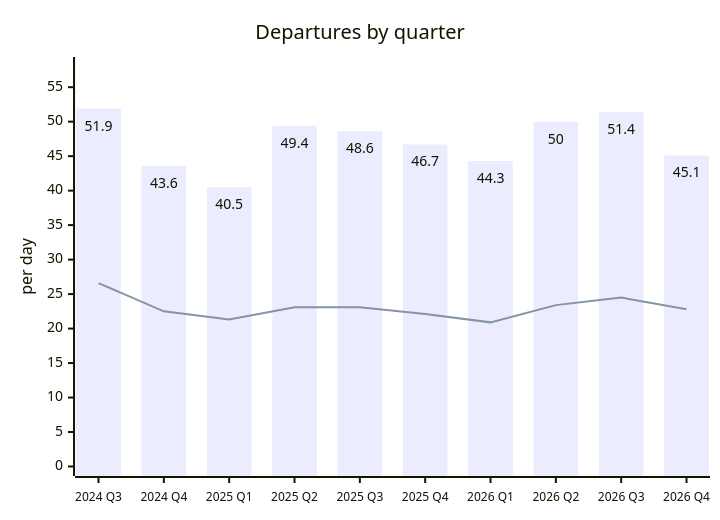
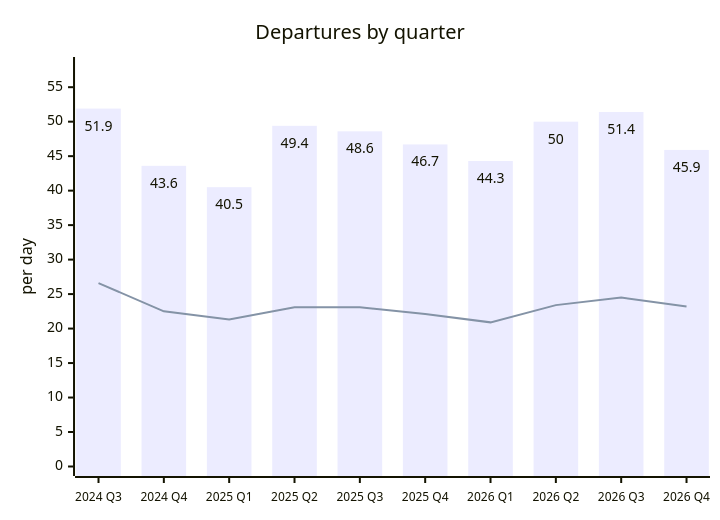
The second of 2 diagrams in README.md (rainermesi/tll-airport-departures), drawn with Mermaid before and after one commit. The commit also changed other lines of this file and 3 other files, not shown here.

````diff
--- a/README.md
+++ b/README.md
@@ -82,15 +82,15 @@
 ```mermaid
 ---
 config:
   xyChart:
     showDataLabel: true
     xAxis:
       labelFontSize: 12
 ---
 xychart-beta
     title "Departures by quarter"
     x-axis ["2024 Q3", "2024 Q4", "2025 Q1", "2025 Q2", "2025 Q3", "2025 Q4", "2026 Q1", "2026 Q2", "2026 Q3", "2026 Q4"]
     y-axis "per day" 0 --> 58
-    bar [51.9, 43.6, 40.5, 49.4, 48.6, 46.7, 44.3, 50.0, 51.4, 45.1]
-    line [26.6, 22.5, 21.3, 23.1, 23.1, 22.1, 20.9, 23.4, 24.5, 22.8]
+    bar [51.9, 43.6, 40.5, 49.4, 48.6, 46.7, 44.3, 50.0, 51.4, 45.9]
+    line [26.6, 22.5, 21.3, 23.1, 23.1, 22.1, 20.9, 23.4, 24.5, 23.2]
 ```
````
